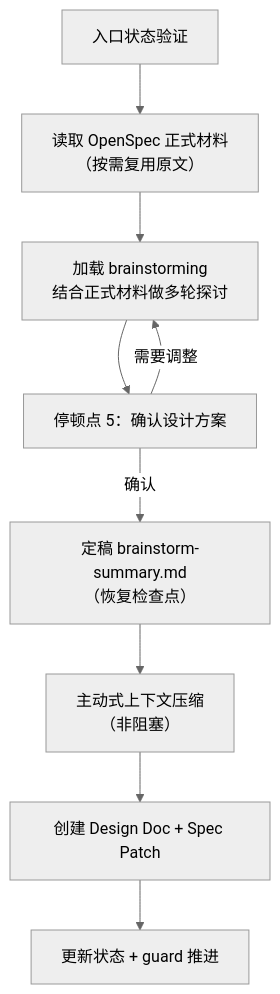
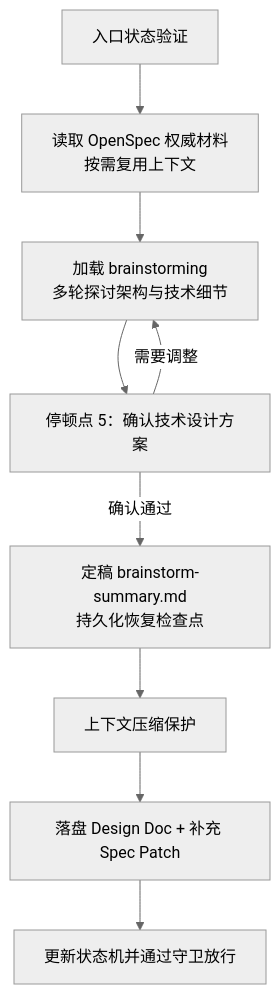
One commit to rpamis/comet-website-docs changed the diagram in zh/phases/design.mdx. Above: the diagram before and after it, drawn with Mermaid (neutral theme). The commit also changed other lines of this file and 76 other files, not shown here.

````diff
--- a/zh/phases/design.mdx
+++ b/zh/phases/design.mdx
@@ -37,11 +32,11 @@
 ```mermaid
 flowchart TD
-    Entry["入口状态验证"] --> S1a["读取 OpenSpec 正式材料<br/>（按需复用原文）"]
-    S1a --> S1b["加载 brainstorming<br/>结合正式材料做多轮探讨"]
-    S1b --> S1c["停顿点 5：确认设计方案"]
+    Entry["入口状态验证"] --> S1a["读取 OpenSpec 权威材料<br/>按需复用上下文"]
+    S1a --> S1b["加载 brainstorming<br/>多轮探讨架构与技术细节"]
+    S1b --> S1c["停顿点 5：确认技术设计方案"]
     S1c -->|需要调整| S1b
-    S1c -->|确认| S1d["定稿 brainstorm-summary.md<br/>（恢复检查点）"]
-    S1d --> S1e["主动式上下文压缩<br/>（非阻塞）"]
-    S1e --> S2["创建 Design Doc + Spec Patch"]
-    S2 --> S3["更新状态 + guard 推进"]
+    S1c -->|确认通过| S1d["定稿 brainstorm-summary.md<br/>持久化恢复检查点"]
+    S1d --> S1e["上下文压缩保护"]
+    S1e --> S2["落盘 Design Doc + 补充 Spec Patch"]
+    S2 --> S3["更新状态机并通过守卫放行"]
 ```
````
